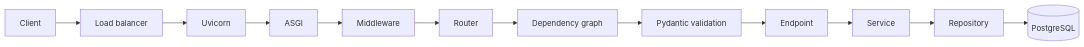
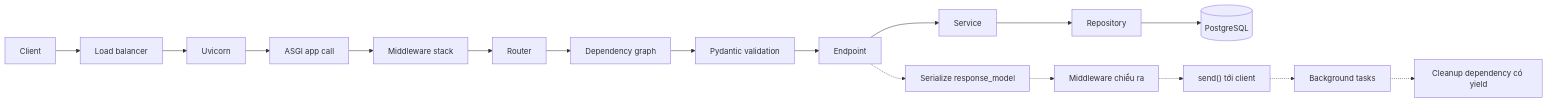
The first of 3 diagrams in python/knowledges/03-fastapi/request-lifecycle.md (HuyNguyen-FinX/Try_Hard), drawn with Mermaid before and after one commit. The commit also changed other lines of this file and 139 other files, not shown here.

````diff
--- a/python/knowledges/03-fastapi/request-lifecycle.md
+++ b/python/knowledges/03-fastapi/request-lifecycle.md
@@ -154,14 +50,19 @@
 ```mermaid
 flowchart LR
     Client --> LB["Load balancer"]
     LB --> Uvicorn
-    Uvicorn --> ASGI
-    ASGI --> Middleware
-    Middleware --> Router
+    Uvicorn --> ASGI["ASGI app call"]
+    ASGI --> MW["Middleware stack"]
+    MW --> Router
     Router --> DI["Dependency graph"]
-    DI --> Validation["Pydantic validation"]
-    Validation --> Endpoint
-    Endpoint --> Service
-    Service --> Repository
-    Repository --> DB[(PostgreSQL)]
+    DI --> Val["Pydantic validation"]
+    Val --> EP["Endpoint"]
+    EP --> Svc["Service"]
+    Svc --> Repo["Repository"]
+    Repo --> DB[("PostgreSQL")]
+    EP -.-> Ser["Serialize response_model"]
+    Ser -.-> MWout["Middleware chiều ra"]
+    MWout -.-> Send["send() tới client"]
+    Send -.-> BG["Background tasks"]
+    BG -.-> Clean["Cleanup dependency có yield"]
 ```
````
